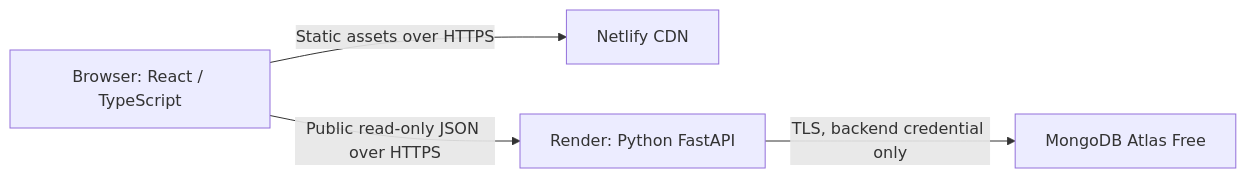
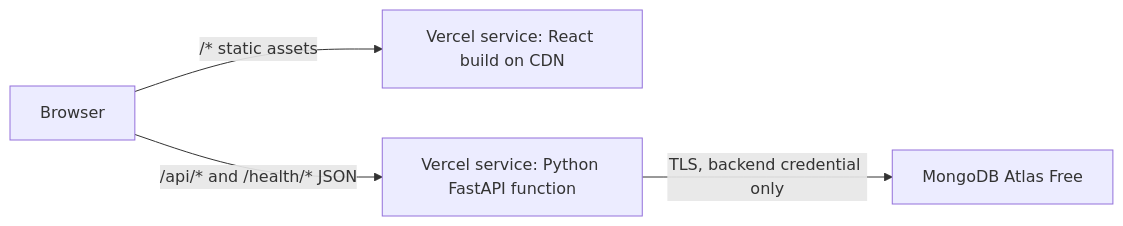
Before and after one commit to rahul-j0shi/hads-lifesciences: the diagram in documentation/architecture.md, drawn with Mermaid. The commit also changed other lines of this file and 10 other files, not shown here.

````diff
--- a/documentation/architecture.md
+++ b/documentation/architecture.md
@@ -11,6 +11,6 @@
 ```mermaid
 flowchart LR
-    U[Browser: React / TypeScript] -->|Static assets over HTTPS| N[Netlify CDN]
-    U -->|Public read-only JSON over HTTPS| B[Render: Python FastAPI]
+    U[Browser] -->|"/*  static assets"| W[Vercel service: React build on CDN]
+    U -->|"/api/*  and  /health/*  JSON"| B[Vercel service: Python FastAPI function]
     B -->|TLS, backend credential only| M[MongoDB Atlas Free]
 ```
````
